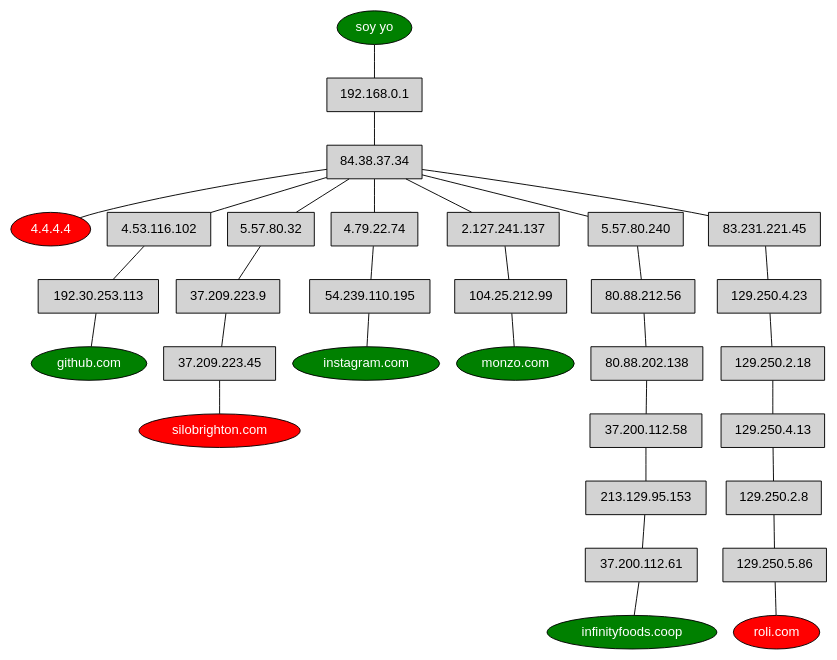
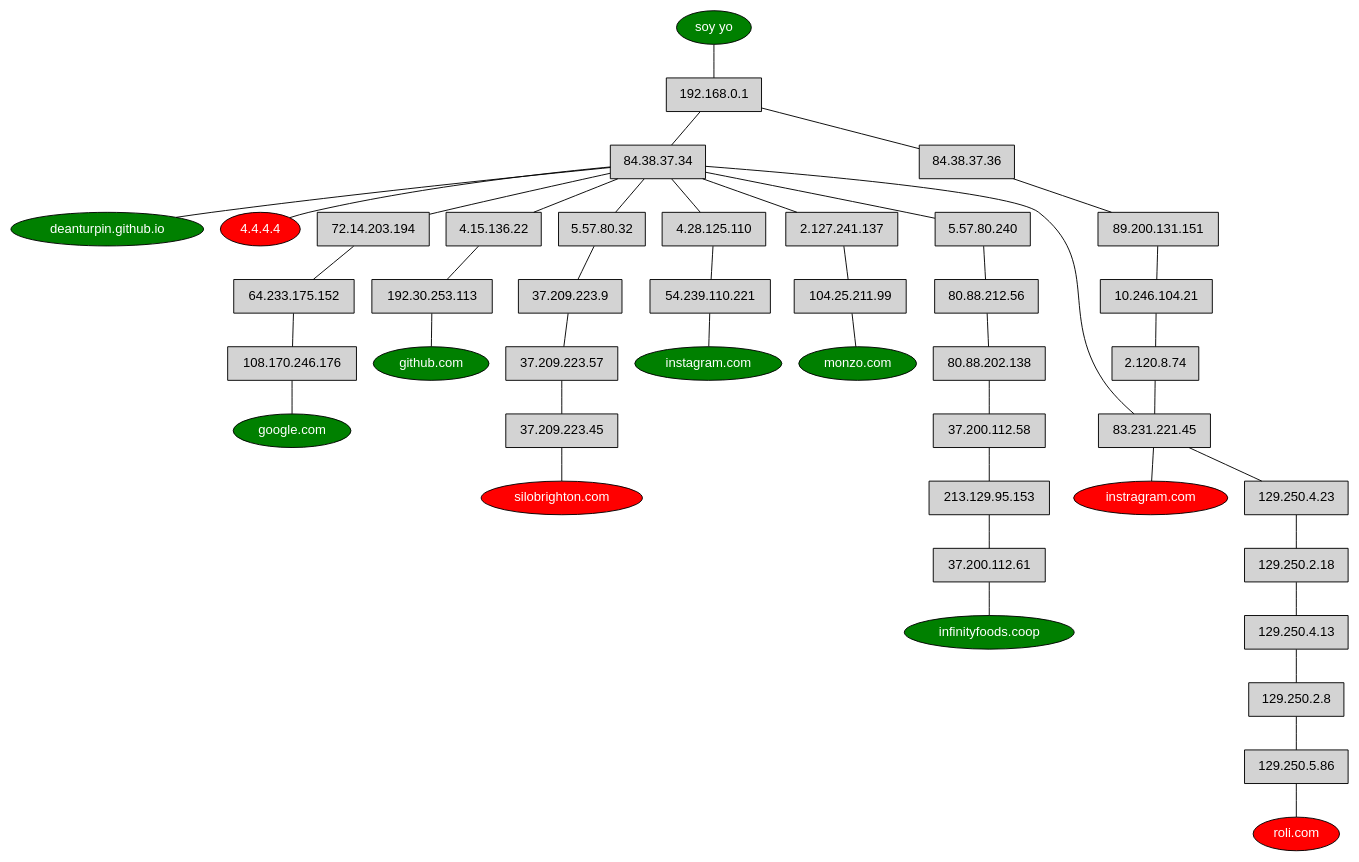
Before and after one commit to deanturpin/hosts2dot: the diagram in example.dot, drawn with Graphviz. The commit also changed 4 other files, not shown here.

```diff
--- a/example.dot
+++ b/example.dot
@@ -1,20 +1,26 @@
 strict graph {
 
   node [shape=rectangle style=filled fontname=helvetica]
   "soy yo" [fillcolor=green shape=oval fontcolor=white]
 
+  "google.com" [fillcolor=green shape=oval fontcolor=white]
+  "deanturpin.github.io" [fillcolor=green shape=oval fontcolor=white]
   "github.com" [fillcolor=green shape=oval fontcolor=white]
   "silobrighton.com" [fillcolor=red shape=oval fontcolor=white]
   "instagram.com" [fillcolor=green shape=oval fontcolor=white]
   "monzo.com" [fillcolor=green shape=oval fontcolor=white]
   "infinityfoods.coop" [fillcolor=green shape=oval fontcolor=white]
   "roli.com" [fillcolor=red shape=oval fontcolor=white]
   "4.4.4.4" [fillcolor=red shape=oval fontcolor=white]
-  "soy yo"--"192.168.0.1"--"84.38.37.34"--"4.53.116.102"--"192.30.253.113"--"github.com"
-  "soy yo"--"192.168.0.1"--"84.38.37.34"--"5.57.80.32"--"37.209.223.9"--"37.209.223.45"--"silobrighton.com"
-  "soy yo"--"192.168.0.1"--"84.38.37.34"--"4.79.22.74"--"54.239.110.195"--"instagram.com"
-  "soy yo"--"192.168.0.1"--"84.38.37.34"--"2.127.241.137"--"104.25.212.99"--"monzo.com"
+  "instragram.com" [fillcolor=red shape=oval fontcolor=white]
+  "soy yo"--"192.168.0.1"--"84.38.37.34"--"72.14.203.194"--"64.233.175.152"--"108.170.246.176"--"google.com"
+  "soy yo"--"192.168.0.1"--"84.38.37.34"--"deanturpin.github.io"
+  "soy yo"--"192.168.0.1"--"84.38.37.34"--"4.15.136.22"--"192.30.253.113"--"github.com"
+  "soy yo"--"192.168.0.1"--"84.38.37.34"--"5.57.80.32"--"37.209.223.9"--"37.209.223.57"--"37.209.223.45"--"silobrighton.com"
+  "soy yo"--"192.168.0.1"--"84.38.37.34"--"4.28.125.110"--"54.239.110.221"--"instagram.com"
+  "soy yo"--"192.168.0.1"--"84.38.37.34"--"2.127.241.137"--"104.25.211.99"--"monzo.com"
   "soy yo"--"192.168.0.1"--"84.38.37.34"--"5.57.80.240"--"80.88.212.56"--"80.88.202.138"--"37.200.112.58"--"213.129.95.153"--"37.200.112.61"--"infinityfoods.coop"
   "soy yo"--"192.168.0.1"--"84.38.37.34"--"83.231.221.45"--"129.250.4.23"--"129.250.2.18"--"129.250.4.13"--"129.250.2.8"--"129.250.5.86"--"roli.com"
   "soy yo"--"192.168.0.1"--"84.38.37.34"--"4.4.4.4"
+  "soy yo"--"192.168.0.1"--"84.38.37.36"--"89.200.131.151"--"10.246.104.21"--"2.120.8.74"--"83.231.221.45"--"instragram.com"
 }
```
